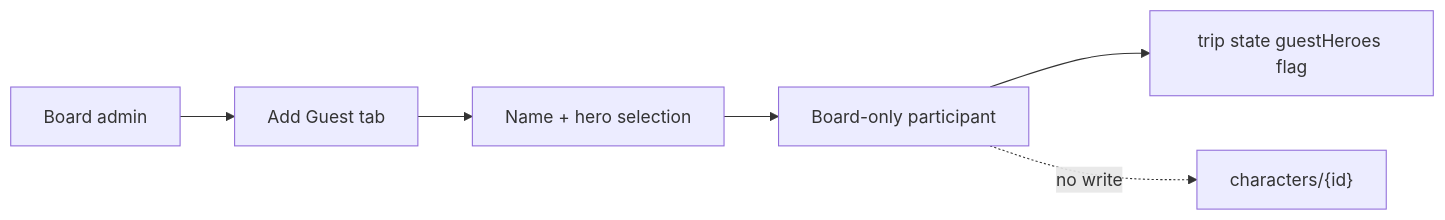
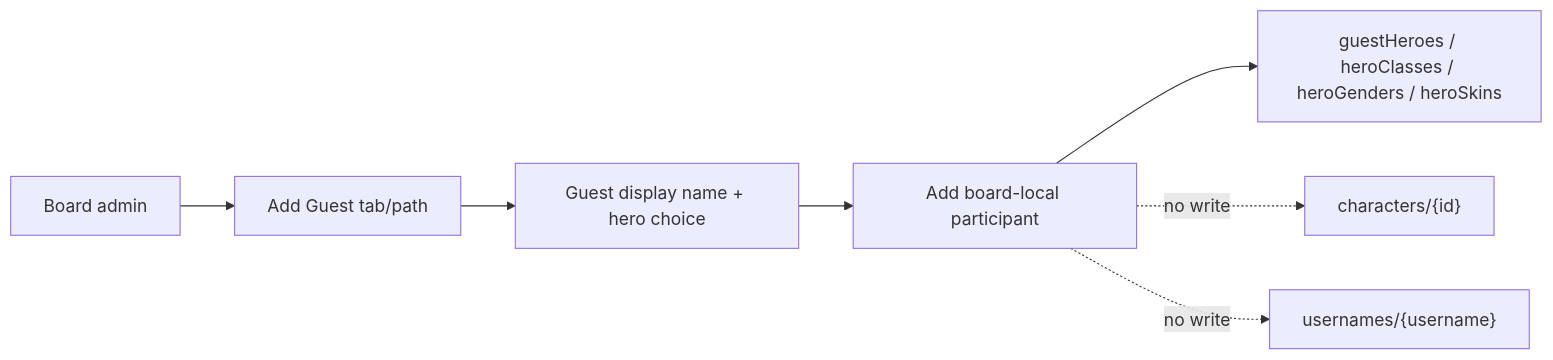
One commit to purichw/coin-quest-ledger changed the eighth of 17 diagrams in SITE_MAP_AND_INTERACTIONS.md. Above: the diagram before and after it, drawn with Mermaid. The commit also changed other lines of this file and 5 other files, not shown here.

````diff
--- a/SITE_MAP_AND_INTERACTIONS.md
+++ b/SITE_MAP_AND_INTERACTIONS.md
@@ -106,8 +257,9 @@
 ```mermaid
 flowchart LR
-  Admin["Board admin"] --> AddGuest["Add Guest tab"]
-  AddGuest --> NameHero["Name + hero selection"]
-  NameHero --> BoardOnly["Board-only participant"]
-  BoardOnly --> GuestHeroes["trip state guestHeroes flag"]
-  BoardOnly -. no write .-> Characters["characters/{id}"]
+  Admin["Board admin"] --> AddGuest["Add Guest tab/path"]
+  AddGuest --> Form["Guest display name + hero choice"]
+  Form --> BoardState["Add board-local participant"]
+  BoardState --> GuestMaps["guestHeroes / heroClasses / heroGenders / heroSkins"]
+  BoardState -. no write .-> Characters["characters/{id}"]
+  BoardState -. no write .-> Usernames["usernames/{username}"]
 ```
````
